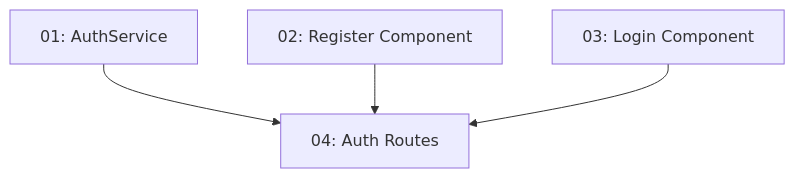
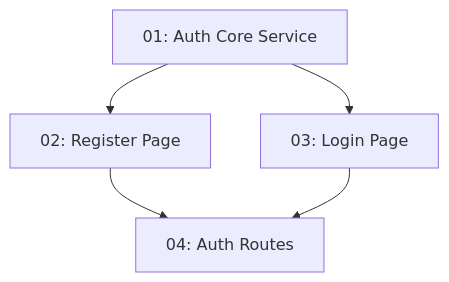
The diagram in .docs/features/story-008-auth-feature-frontend/README.md (limitzero/tablenow), drawn with Mermaid before and after one commit. The commit also changed other lines of this file and 184 other files, not shown here.

````diff
--- a/.docs/features/story-008-auth-feature-frontend/README.md
+++ b/.docs/features/story-008-auth-feature-frontend/README.md
@@ -14,10 +14,11 @@
 ```mermaid
 graph TD
-    task-01["01: AuthService"]
-    task-02["02: Register Component"]
-    task-03["03: Login Component"]
-    task-04["04: Auth Routes"]
-    task-01 --> task-04
-    task-02 --> task-04
-    task-03 --> task-04
+    task-01-auth-core-service["01: Auth Core Service"]
+    task-02-register-page["02: Register Page"]
+    task-03-login-page["03: Login Page"]
+    task-04-auth-routes["04: Auth Routes"]
+    task-01-auth-core-service --> task-02-register-page
+    task-01-auth-core-service --> task-03-login-page
+    task-02-register-page --> task-04-auth-routes
+    task-03-login-page --> task-04-auth-routes
 ```
````
